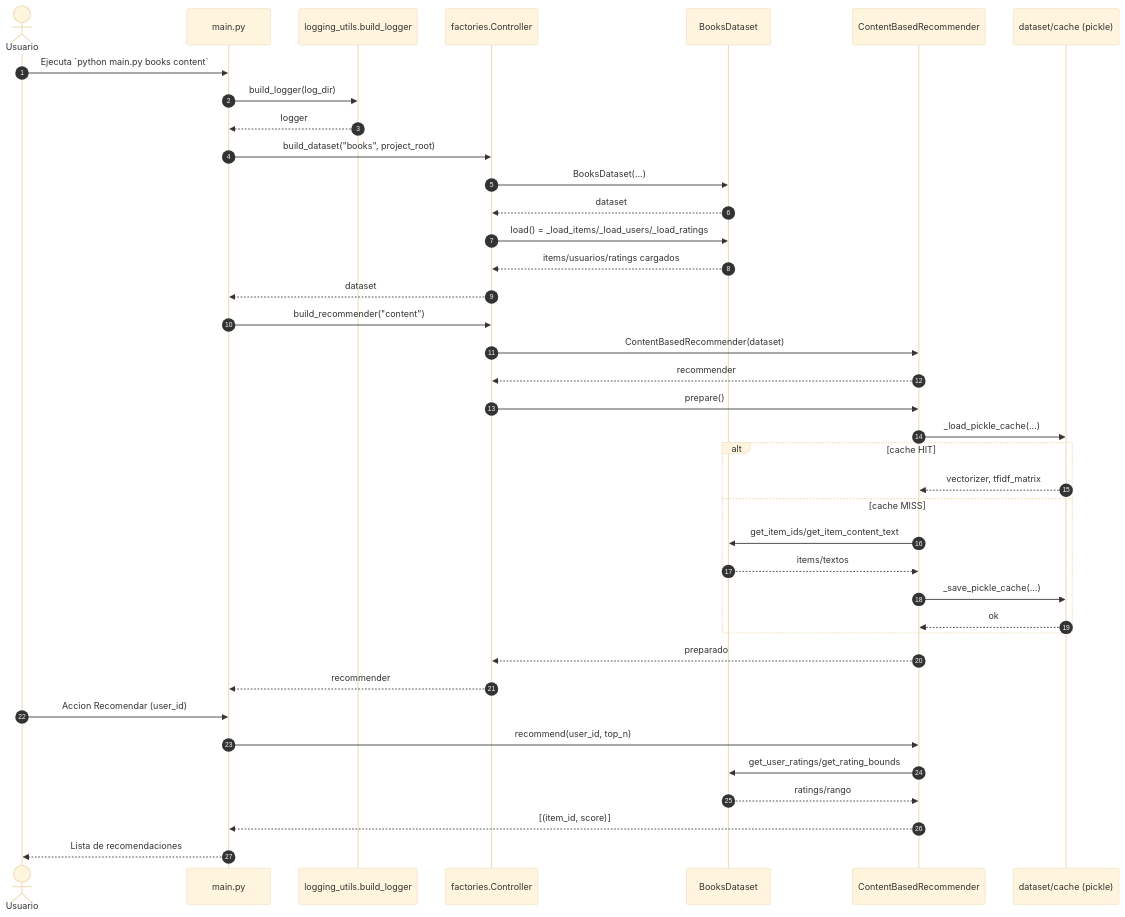
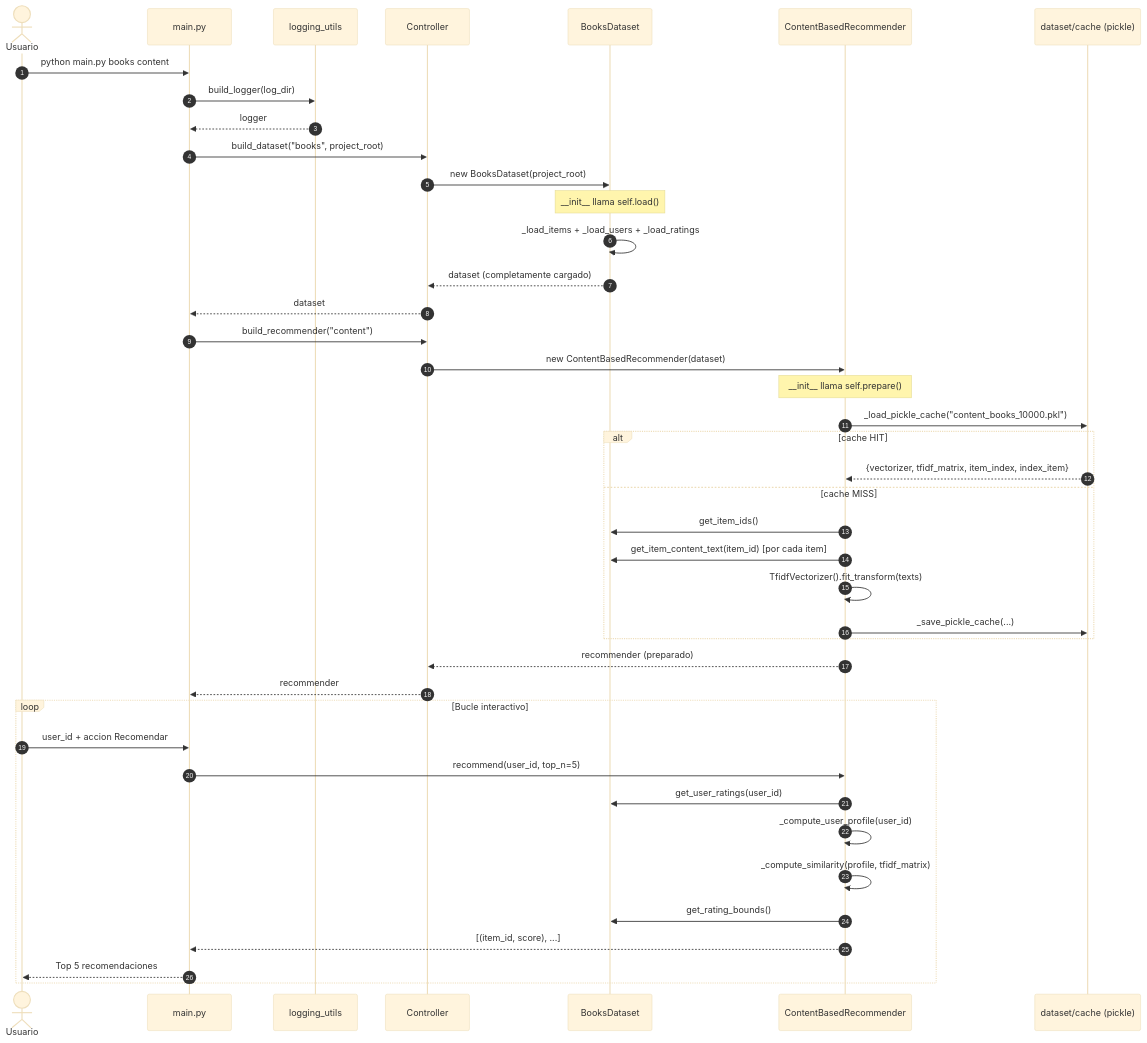
The fourth of 7 diagrams in README.md (Braisfabrega/modular-recommender), drawn with Mermaid (base theme) before and after one commit. The commit also changed other lines of this file and 8 other files, not shown here.

````diff
--- a/README.md
+++ b/README.md
@@ -260,42 +676,45 @@
 ```mermaid
 sequenceDiagram
   autonumber
   actor Usuario
   participant Main as main.py
-  participant Logger as logging_utils.build_logger
-  participant Controller as factories.Controller
+  participant Logger as logging_utils
+  participant Controller as Controller
   participant Dataset as BooksDataset
   participant Recommender as ContentBasedRecommender
   participant Cache as dataset/cache (pickle)
 
-  Usuario->>Main: Ejecuta `python main.py books content`
+  Usuario->>Main: python main.py books content
   Main->>Logger: build_logger(log_dir)
   Logger-->>Main: logger
   Main->>Controller: build_dataset("books", project_root)
-  Controller->>Dataset: BooksDataset(...)
-  Dataset-->>Controller: dataset
-  Controller->>Dataset: load() = _load_items/_load_users/_load_ratings
-  Dataset-->>Controller: items/usuarios/ratings cargados
+  Controller->>Dataset: new BooksDataset(project_root)
+  Note over Dataset: __init__ llama self.load()
+  Dataset->>Dataset: _load_items + _load_users + _load_ratings
+  Dataset-->>Controller: dataset (completamente cargado)
   Controller-->>Main: dataset
   Main->>Controller: build_recommender("content")
-  Controller->>Recommender: ContentBasedRecommender(dataset)
-  Recommender-->>Controller: recommender
-  Controller->>Recommender: prepare()
-  Recommender->>Cache: _load_pickle_cache(...)
+  Controller->>Recommender: new ContentBasedRecommender(dataset)
+  Note over Recommender: __init__ llama self.prepare()
+  Recommender->>Cache: _load_pickle_cache("content_books_10000.pkl")
   alt cache HIT
-    Cache-->>Recommender: vectorizer, tfidf_matrix
+    Cache-->>Recommender: {vectorizer, tfidf_matrix, item_index, index_item}
   else cache MISS
-    Recommender->>Dataset: get_item_ids/get_item_content_text
-    Dataset-->>Recommender: items/textos
+    Recommender->>Dataset: get_item_ids()
+    Recommender->>Dataset: get_item_content_text(item_id) [por cada item]
+    Recommender->>Recommender: TfidfVectorizer().fit_transform(texts)
     Recommender->>Cache: _save_pickle_cache(...)
-    Cache-->>Recommender: ok
   end
-  Recommender-->>Controller: preparado
+  Recommender-->>Controller: recommender (preparado)
   Controller-->>Main: recommender
-  Usuario->>Main: Accion Recomendar (user_id)
-  Main->>Recommender: recommend(user_id, top_n)
-  Recommender->>Dataset: get_user_ratings/get_rating_bounds
-  Dataset-->>Recommender: ratings/rango
-  Recommender-->>Main: [(item_id, score)]
-  Main-->>Usuario: Lista de recomendaciones
+  loop Bucle interactivo
+    Usuario->>Main: user_id + accion Recomendar
+    Main->>Recommender: recommend(user_id, top_n=5)
+    Recommender->>Dataset: get_user_ratings(user_id)
+    Recommender->>Recommender: _compute_user_profile(user_id)
+    Recommender->>Recommender: _compute_similarity(profile, tfidf_matrix)
+    Recommender->>Dataset: get_rating_bounds()
+    Recommender-->>Main: [(item_id, score), ...]
+    Main-->>Usuario: Top 5 recomendaciones
+  end
 ```
````
